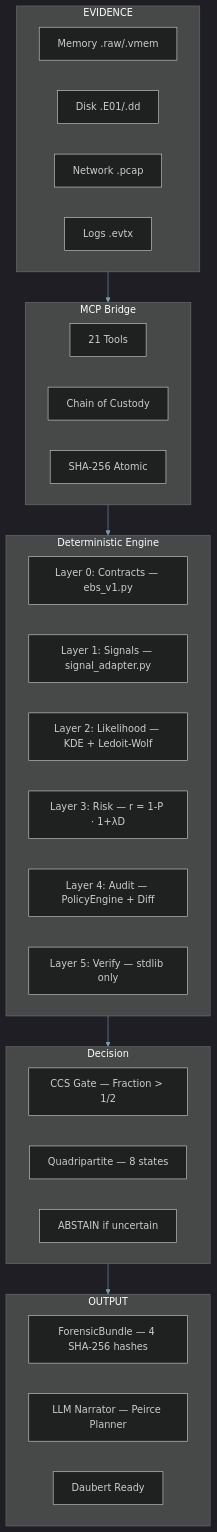
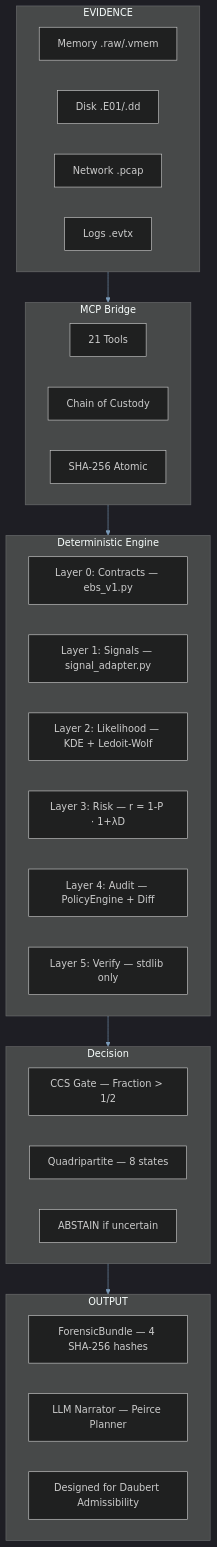
One commit to annatchijova/vigia-intent-analysis changed the first of 2 diagrams in README.md. Above: the diagram before and after it, drawn with Mermaid. The commit also changed other lines of this file, not shown here.

````diff
--- a/README.md
+++ b/README.md
@@ -72,37 +147,37 @@
 ```mermaid
 %%{init: {'theme': 'dark', 'themeVariables': { 'primaryColor': '#00e5ff', 'primaryTextColor': '#0a0c0f', 'primaryBorderColor': '#00e5ff', 'lineColor': '#7a9ab8', 'secondaryColor': '#ff6b35', 'tertiaryColor': '#7fff7f'}}}%%
 graph TD
     subgraph INPUT["EVIDENCE"]
         A1[Memory .raw/.vmem]
         A2[Disk .E01/.dd]
         A3[Network .pcap]
         A4[Logs .evtx]
     end
     subgraph BRIDGE["MCP Bridge"]
         B1[21 Tools]
         B2[Chain of Custody]
         B3[SHA-256 Atomic]
     end
     subgraph ENGINE["Deterministic Engine"]
         C1[Layer 0: Contracts — ebs_v1.py]
         C2[Layer 1: Signals — signal_adapter.py]
         C3[Layer 2: Likelihood — KDE + Ledoit-Wolf]
         C4[Layer 3: Risk — r = 1-P · 1+λD]
         C5[Layer 4: Audit — PolicyEngine + Diff]
         C6[Layer 5: Verify — stdlib only]
     end
     subgraph DECISION["Decision"]
         D1[CCS Gate — Fraction > 1/2]
         D2[Quadripartite — 8 states]
         D3[ABSTAIN if uncertain]
     end
     subgraph OUTPUT["OUTPUT"]
         E1[ForensicBundle — 4 SHA-256 hashes]
         E2[LLM Narrator — Peirce Planner]
-        E3[Daubert Ready]
+        E3[Designed for Daubert Admissibility]
     end
     INPUT --> BRIDGE
     BRIDGE --> ENGINE
     ENGINE --> DECISION
     DECISION --> OUTPUT
 ```
````
